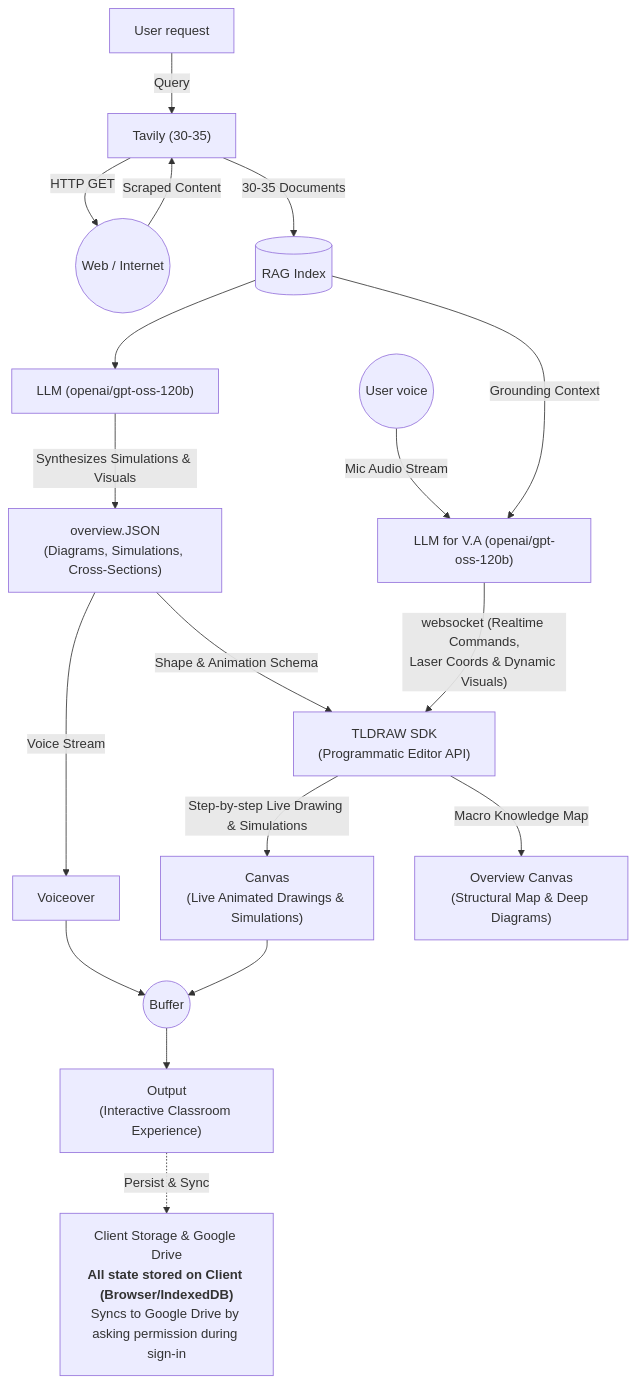
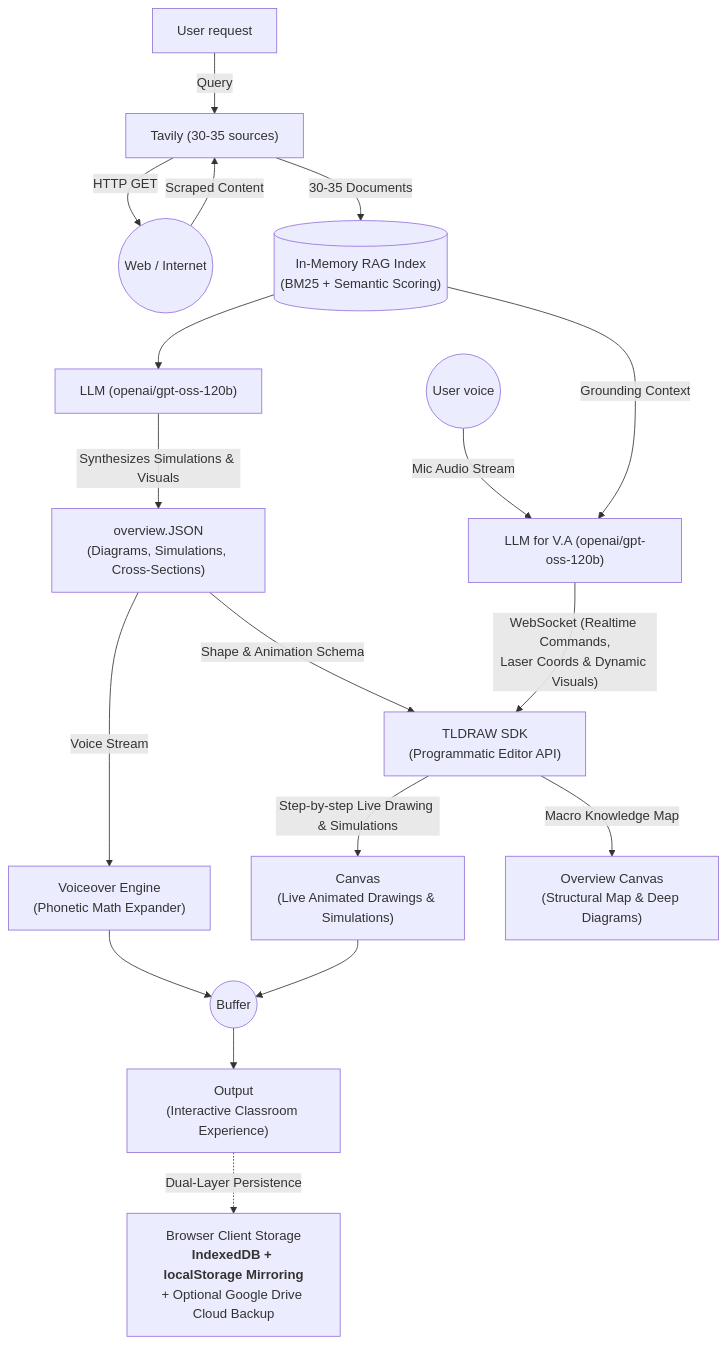
The first of 2 diagrams in README.md (kushagarwal2910-lang/chalkie), drawn with Mermaid before and after one commit. The commit also changed other lines of this file and 6 other files, not shown here.

````diff
--- a/README.md
+++ b/README.md
@@ -56,30 +57,30 @@
 ```mermaid
 flowchart TD
-    UserReq["User request"] -->|"Query"| TavilyNode["Tavily (30-35)"]
+    UserReq["User request"] -->|"Query"| TavilyNode["Tavily (30-35 sources)"]
     
     TavilyNode -->|"HTTP GET"| WebInternet(("Web / Internet"))
     WebInternet -->|"Scraped Content"| TavilyNode
     
-    TavilyNode -->|"30-35 Documents"| RAGIndex[("RAG Index")]
+    TavilyNode -->|"30-35 Documents"| RAGIndex[("In-Memory RAG Index<br/>(BM25 + Semantic Scoring)")]
     
     RAGIndex --> PrimaryLLM["LLM (openai/gpt-oss-120b)"]
     PrimaryLLM -->|"Synthesizes Simulations & Visuals"| OverviewJSON["overview.JSON<br/>(Diagrams, Simulations, Cross-Sections)"]
     
     UserVoice(("User voice")) -->|"Mic Audio Stream"| LLMVA["LLM for V.A (openai/gpt-oss-120b)"]
     RAGIndex -->|"Grounding Context"| LLMVA
     
     OverviewJSON -->|"Shape & Animation Schema"| TldrawSDK["TLDRAW SDK<br/>(Programmatic Editor API)"]
-    OverviewJSON -->|"Voice Stream"| Voiceover["Voiceover"]
+    OverviewJSON -->|"Voice Stream"| Voiceover["Voiceover Engine<br/>(Phonetic Math Expander)"]
     
-    LLMVA -->|"websocket (Realtime Commands,<br/>Laser Coords & Dynamic Visuals)"| TldrawSDK
+    LLMVA -->|"WebSocket (Realtime Commands,<br/>Laser Coords & Dynamic Visuals)"| TldrawSDK
     
     TldrawSDK -->|"Step-by-step Live Drawing & Simulations"| CanvasLive["Canvas<br/>(Live Animated Drawings & Simulations)"]
     TldrawSDK -->|"Macro Knowledge Map"| CanvasOverview["Overview Canvas<br/>(Structural Map & Deep Diagrams)"]
     
     Voiceover --> Buffer(("Buffer"))
     CanvasLive --> Buffer
     
     Buffer --> Output["Output<br/>(Interactive Classroom Experience)"]
     
-    Output -.->|"Persist & Sync"| Storage["Client Storage & Google Drive<br/><b>All state stored on Client (Browser/IndexedDB)</b><br/>Syncs to Google Drive by asking permission during sign-in"]
+    Output -.->|"Dual-Layer Persistence"| Storage["Browser Client Storage<br/><b>IndexedDB + localStorage Mirroring</b><br/>+ Optional Google Drive Cloud Backup"]
 ```
````
